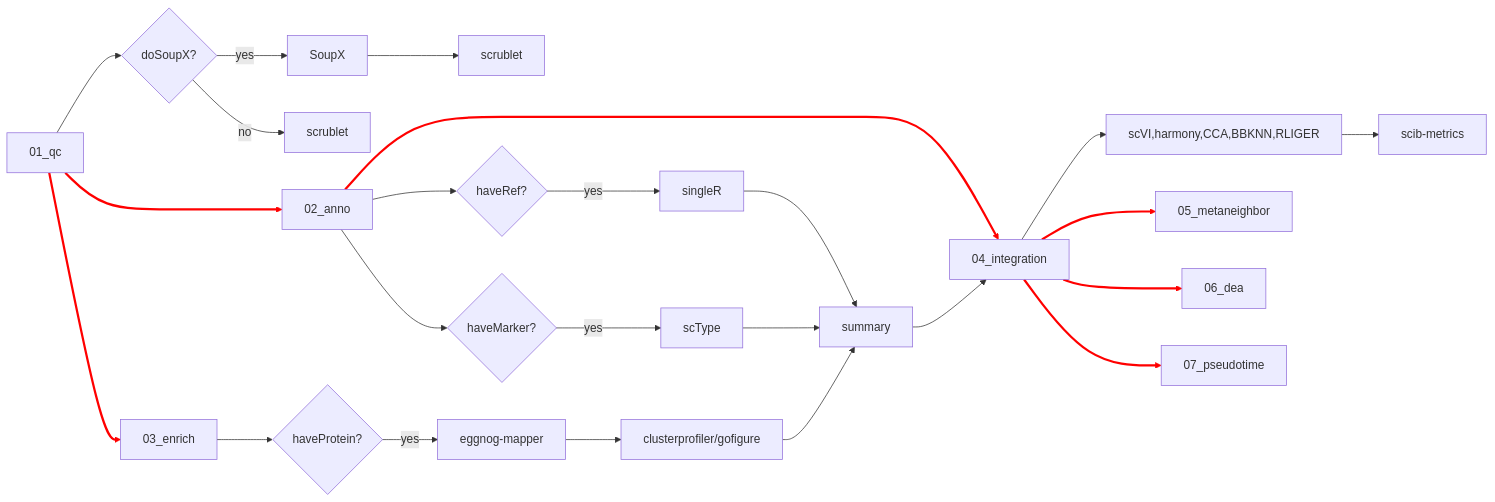
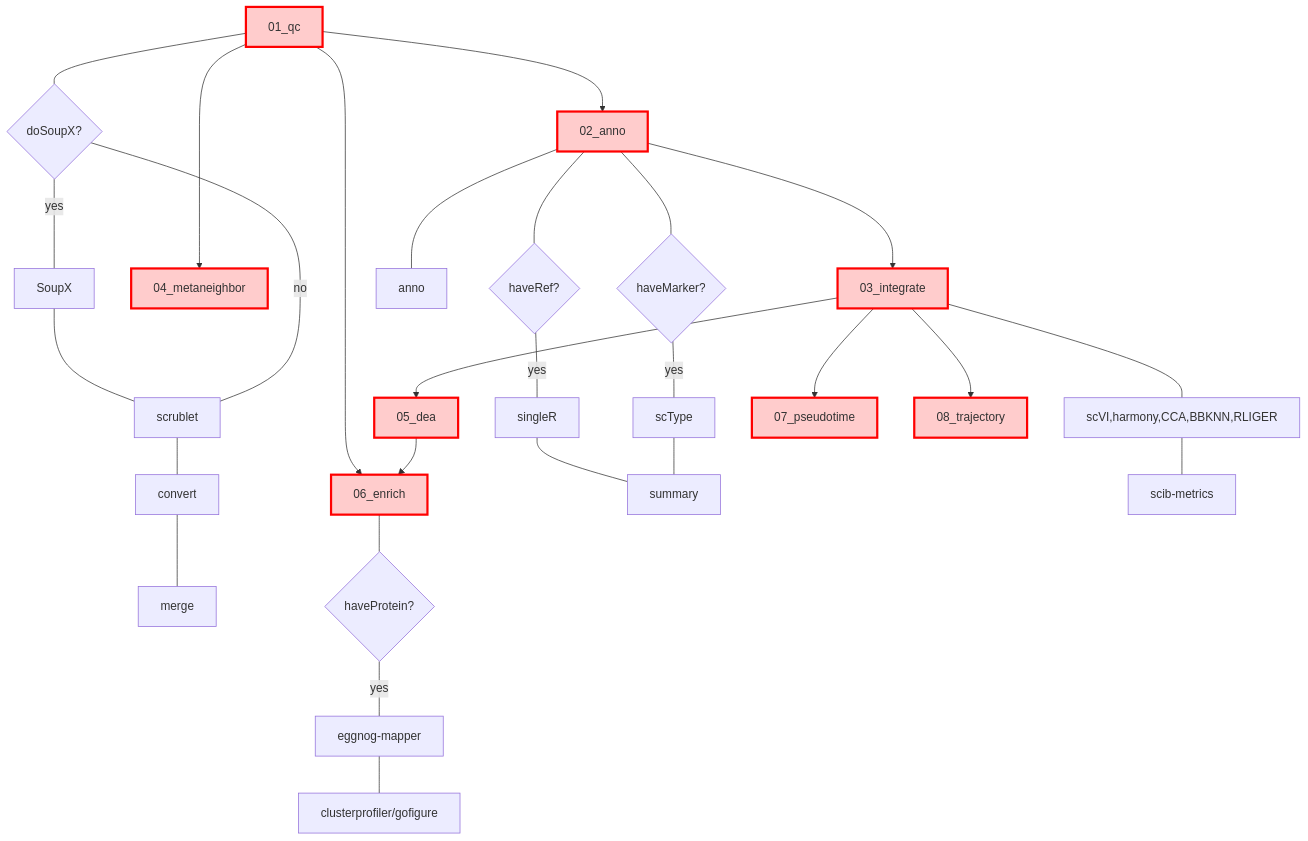
The diagram in README.md (ydgenomics/scLine), drawn with Mermaid before and after one commit.

````diff
--- a/README.md
+++ b/README.md
@@ -26,25 +26,23 @@
   ```mermaid
-  flowchart LR
-  A[01_qc] --> A0{doSoupX?}
-  A0 -->|yes| A1.1[SoupX] --> A1.2[scrublet]
-  A0 -->|no| A2.1[scrublet]
-  A --> B[02_anno]
-  B --> B0{haveRef?}
-  B0 -->|yes| B1[singleR]
-  B --> B01{haveMarker?} -->|yes| B2[scType]
-  B1 --> B3[summary]
-  B2 --> B3
-  A --> C[03_enrich]
-  C --> C0{haveProtein?} -->|yes| C1[eggnog-mapper] --> C2[clusterprofiler/gofigure] --> B3
-  B --> D[04_integration] --> D1[scVI,harmony,CCA,BBKNN,RLIGER] --> D2[scib-metrics]
-  B3 --> D
-  D --> E[05_metaneighbor]
-  D --> F[06_dea]
-  D --> H[07_pseudotime]
-  linkStyle 4 stroke:#ff0000,stroke-width:3px
-  linkStyle 11 stroke:#ff0000,stroke-width:3px
-  linkStyle 16 stroke:#ff0000,stroke-width:3px
-  linkStyle 20 stroke:#ff0000,stroke-width:3px
-  linkStyle 21 stroke:#ff0000,stroke-width:3px
-  linkStyle 22 stroke:#ff0000,stroke-width:3px
+  flowchart TB
+  01[01_qc] --- 01.1{doSoupX?}
+  01.1 ---|yes| 01.2[SoupX] --- 01.3[scrublet]
+  01.1 ---|no| 01.3
+  01.3 --- 01.4[convert] --- 01.5[merge]
+  01 ---> 04[04_metaneighbor]
+  01 ---> 06[06_enrich]
+  06 --- 06.1{haveProtein?} ---|yes| 06.2[eggnog-mapper] --- 06.3[clusterprofiler/gofigure]
+  01 --> 02[02_anno]
+  02 --- 02.1{haveRef?}
+  02.1 ---|yes| 02.2[singleR]
+  02 --- 02.3{haveMarker?} ---|yes| 02.4[scType]
+  02.2 --- 02.5[summary]
+  02.4 --- 02.5
+  02 --- 02.6[anno]
+  02 --> 03[03_integrate] --- 03.1[scVI,harmony,CCA,BBKNN,RLIGER] --- 03.2[scib-metrics]
+  03 --> 05[05_dea] --> 06
+  03 --> 07[07_pseudotime]
+  03 --> 08[08_trajectory]
+  classDef mainNode fill:#ffcccc,stroke:#ff0000,stroke-width:3px
+  class 01,02,03,04,05,06,07,08 mainNode
   ```
````
